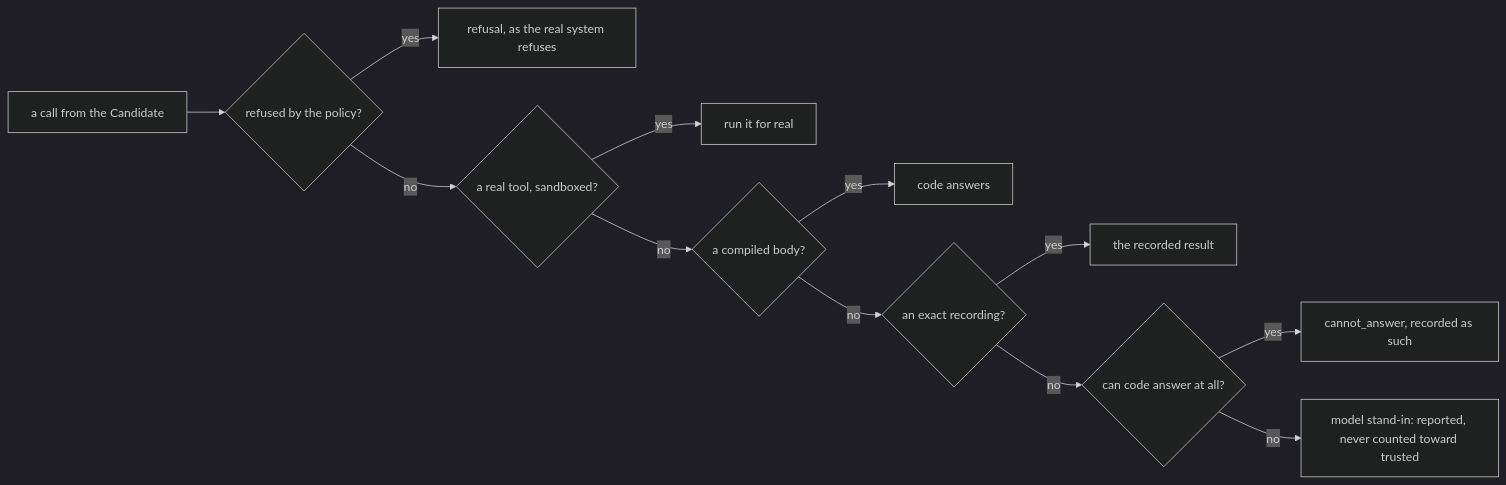
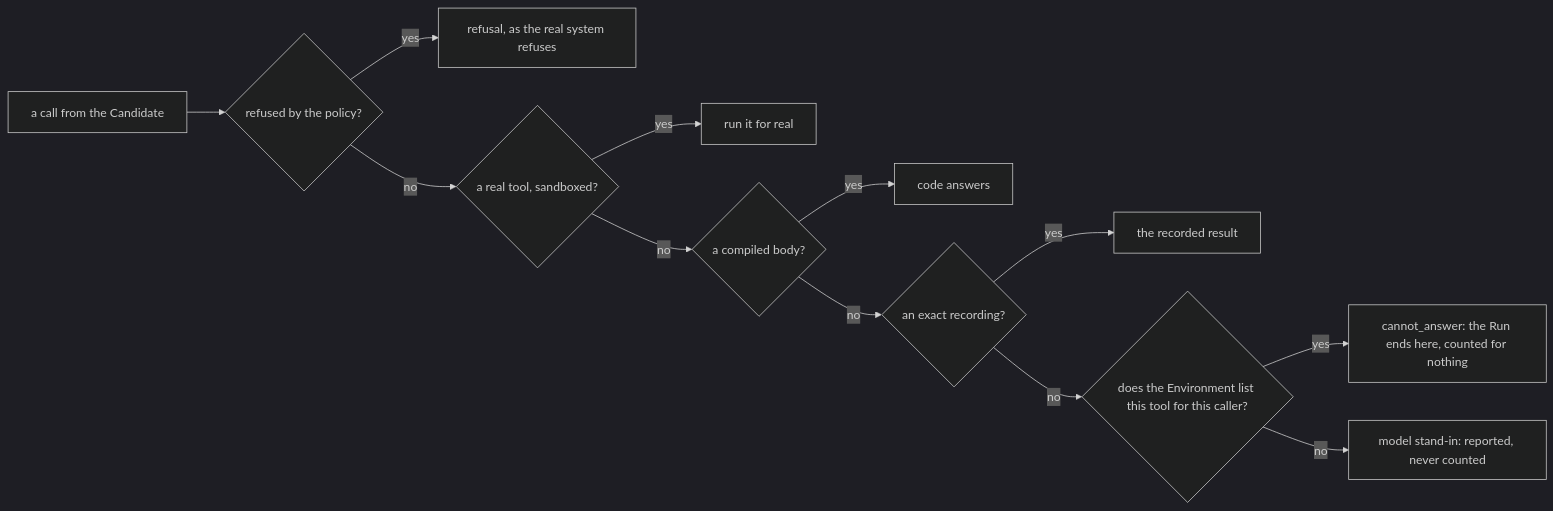
One commit to leiblerdev/kullback changed the third of 3 diagrams in docs/architecture.md. Above: the diagram before and after it, drawn with Mermaid (dark theme). The commit also changed other lines of this file, not shown here.

Commit message:
Correct the architecture page: the Examiner writes under exam/, and the route diagram's last branch

````diff
--- a/docs/architecture.md
+++ b/docs/architecture.md
@@ -110,14 +110,14 @@
 ```mermaid
 flowchart LR
     C[a call from the Candidate] --> RF{refused by the policy?}
     RF -- yes --> OUT1[refusal, as the real system refuses]
     RF -- no --> RE{a real tool, sandboxed?}
     RE -- yes --> OUT2[run it for real]
     RE -- no --> CO{a compiled body?}
     CO -- yes --> OUT3[code answers]
     CO -- no --> RC{an exact recording?}
     RC -- yes --> OUT4[the recorded result]
-    RC -- no --> CA{can code answer at all?}
-    CA -- yes --> OUT5[cannot_answer, recorded as such]
-    CA -- no --> OUT6[model stand-in: reported, never counted toward trusted]
+    RC -- no --> CA{does the Environment list this tool for this caller?}
+    CA -- yes --> OUT5[cannot_answer: the Run ends here, counted for nothing]
+    CA -- no --> OUT6[model stand-in: reported, never counted]
 ```
````
